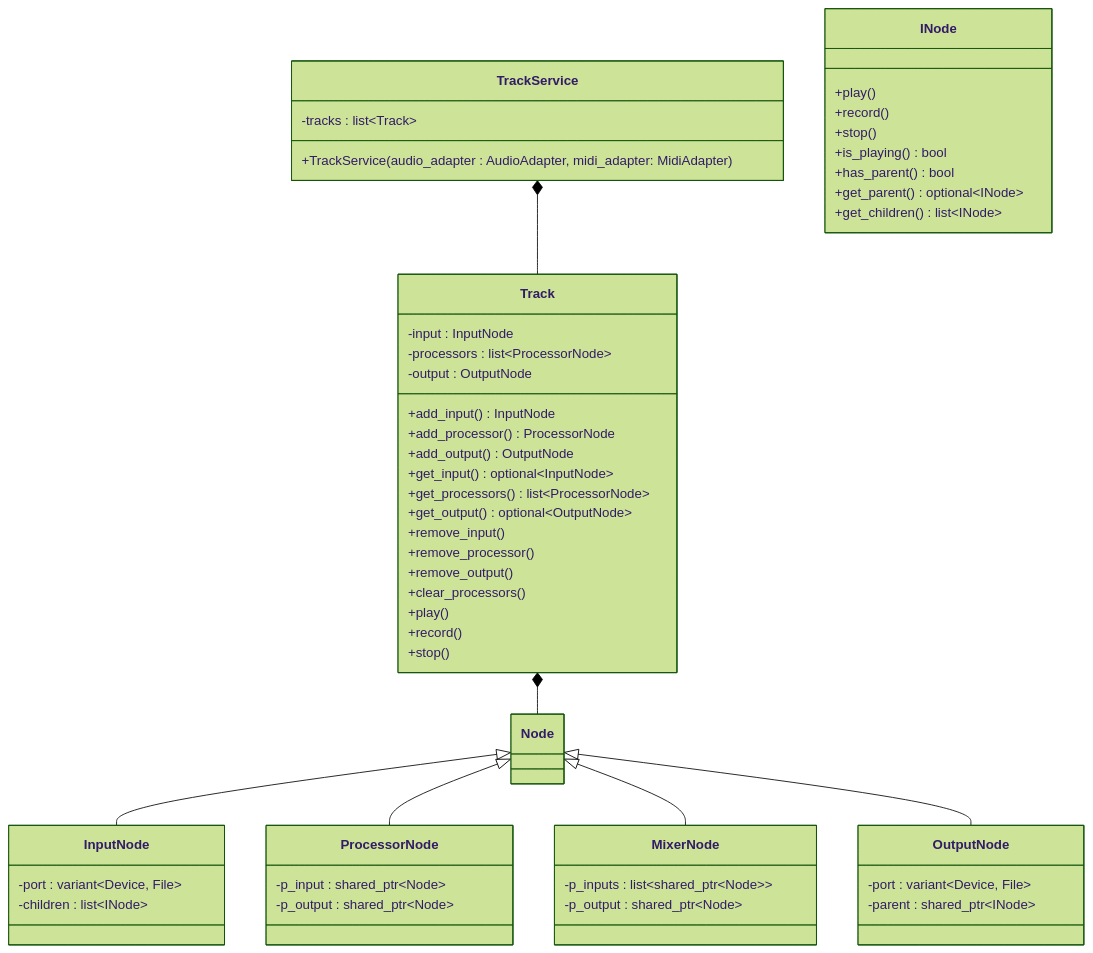
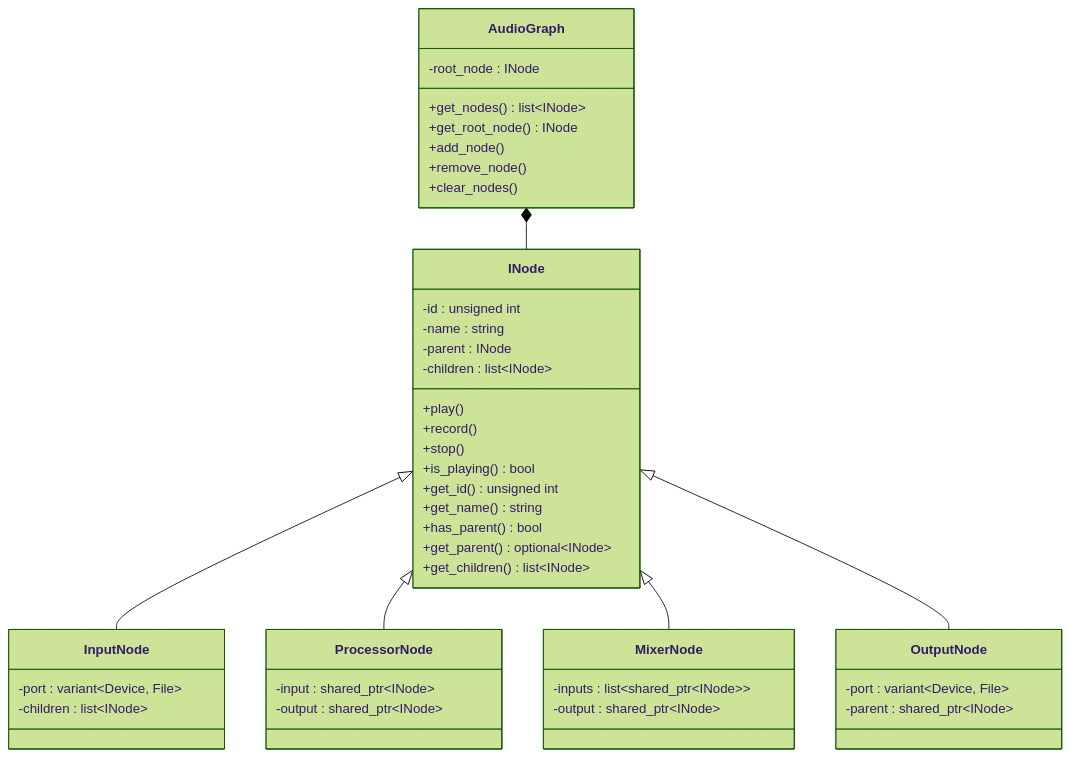
One commit to aidan-clyens/miniaudioengine changed diagram 15 of 25 in docs/DESIGN_DOC.md. Above: the diagram before and after it, drawn with Mermaid (forest theme). The commit also changed other lines of this file and 1 other file, not shown here.

````diff
--- a/docs/DESIGN_DOC.md
+++ b/docs/DESIGN_DOC.md
@@ -452,75 +529,60 @@
 ```mermaid
 classDiagram
 
-    class TrackService {
-        -tracks : list~Track~
-        +TrackService(audio_adapter : AudioAdapter, midi_adapter: MidiAdapter)
-    }
+    class AudioGraph {
+        -root_node : INode
 
-    class Track {
-        -input : InputNode
-        -processors : list~ProcessorNode~
-        -output : OutputNode
-
-        +add_input() InputNode
-        +add_processor() ProcessorNode
-        +add_output() OutputNode
-
-        +get_input() optional~InputNode~
-        +get_processors() list~ProcessorNode~
-        +get_output() optional~OutputNode~
-
-        +remove_input()
-        +remove_processor()
-        +remove_output()
-
-        +clear_processors()
-
-        +play()
-        +record()
-        +stop()
+        +get_nodes() list~INode~
+        +get_root_node() INode
+        +add_node()
+        +remove_node()
+        +clear_nodes()
     }
 
     class INode {
-
+        -id : unsigned int
+        -name : string
+        -parent : INode
+        -children : list~INode~
 
         +play()
         +record()
         +stop()
         
         +is_playing() bool
-        
+
+        +get_id() unsigned int
+        +get_name() string
+
         +has_parent() bool
         +get_parent() optional~INode~
         +get_children() list~INode~
     }
 
     class InputNode {
         -port : variant~Device, File~
         -children : list~INode~
     }
 
     class OutputNode {
         -port : variant~Device, File~
         -parent : shared_ptr~INode~
     }
 
     class ProcessorNode {
-        -p_input : shared_ptr~Node~
-        -p_output : shared_ptr~Node~
+        -input : shared_ptr~INode~
+        -output : shared_ptr~INode~
     }
 
     class MixerNode {
-        -p_inputs : list~shared_ptr~Node~~
-        -p_output : shared_ptr~Node~
+        -inputs : list~shared_ptr~INode~~
+        -output : shared_ptr~INode~
     }
 
-    TrackService *-- Track
+    AudioGraph *-- INode
 
-    Track *-- Node
-
-    Node <|-- InputNode
-    Node <|-- ProcessorNode
-    Node <|-- MixerNode
-    Node <|-- OutputNode
+    INode <|-- InputNode
+    INode <|-- ProcessorNode
+    INode <|-- MixerNode
+    INode <|-- OutputNode
 ```
````
